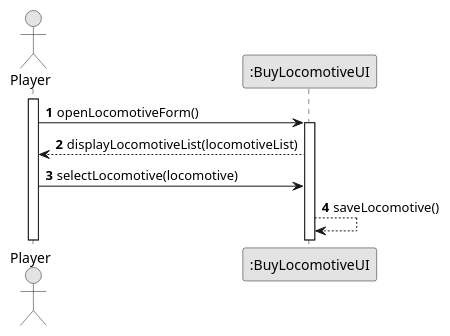
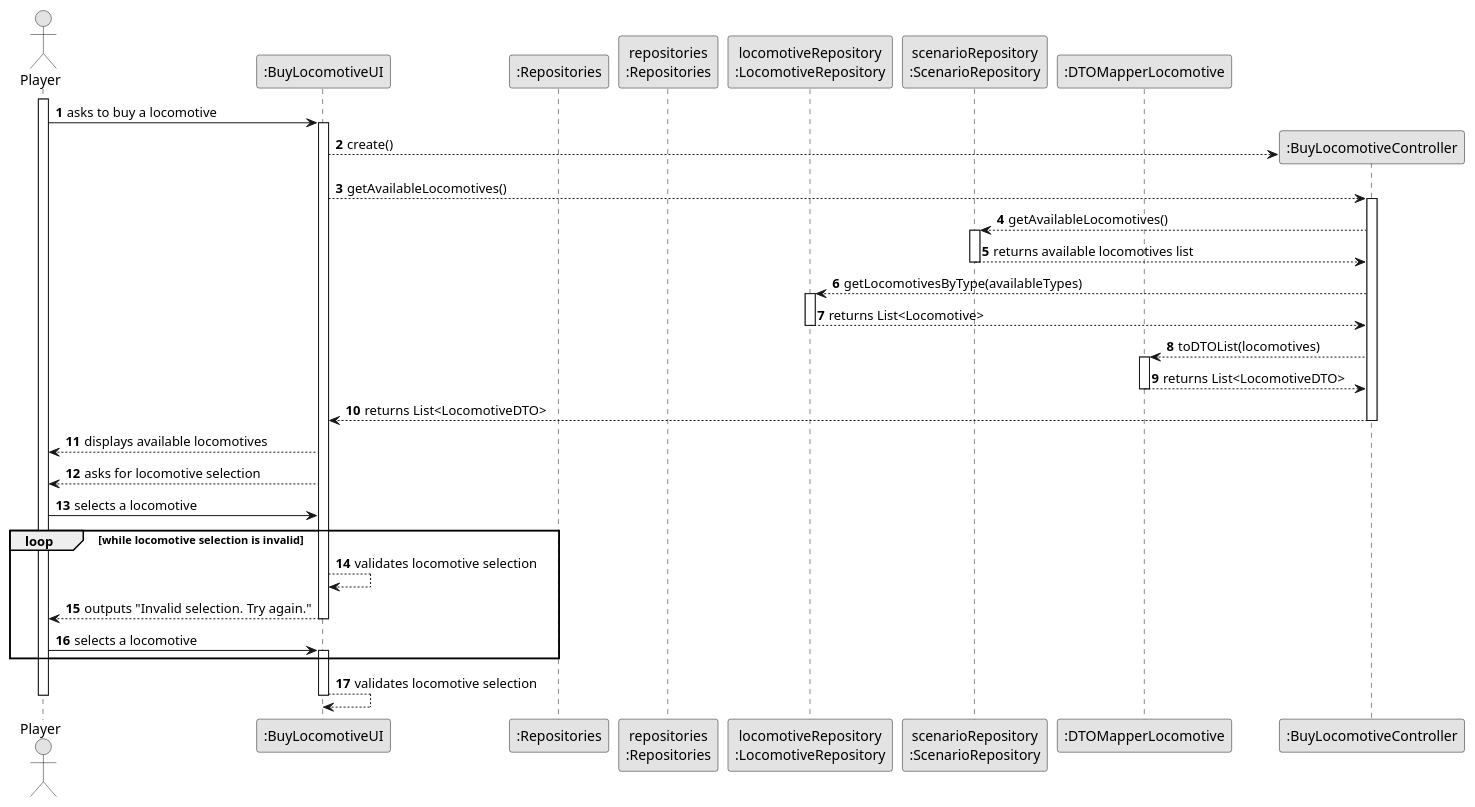
One commit to goncalolopesp/sem2-pi-24.25-g093-repo changed the diagram in docs/system-documentation/US009/03.design/puml/US009-SD-getInput.puml. Above: the diagram before and after it, drawn with PlantUML. The commit also changed 2 other files, not shown here.

Commit message:
US009 - Updated Partial and Split Diagrams

```diff
--- a/docs/system-documentation/US009/03.design/puml/US009-SD-getInput.puml
+++ b/docs/system-documentation/US009/03.design/puml/US009-SD-getInput.puml
@@ -1,22 +1,65 @@
 @startuml
 skinparam monochrome true
 skinparam packageStyle rectangle
 skinparam shadowing false
 
 autonumber
 
-actor "Player" as Employee
+actor "Player" as Player
 participant ":BuyLocomotiveUI" as BuyLocomotiveUI
+participant ":Repositories" as Repositories
+participant "repositories\n:Repositories" as repo
+participant "locomotiveRepository\n:LocomotiveRepository" as lrepo
+participant "scenarioRepository\n:ScenarioRepository" as srepo
+participant ":DTOMapperLocomotive" as DTOMapper
 
-activate Employee
+activate Player
 
-Employee -> BuyLocomotiveUI : openLocomotiveForm()
+Player -> BuyLocomotiveUI : asks to buy a locomotive
 activate BuyLocomotiveUI
 
-BuyLocomotiveUI --> Employee : displayLocomotiveList(locomotiveList)
+create ":BuyLocomotiveController" as BuyLocomotiveController
+BuyLocomotiveUI --> BuyLocomotiveController : create()
+create ":BuyLocomotiveController" as BuyLocomotiveController
 
-Employee -> BuyLocomotiveUI : selectLocomotive(locomotive)
+BuyLocomotiveUI --> BuyLocomotiveController : getAvailableLocomotives()
+activate BuyLocomotiveController
 
-BuyLocomotiveUI --> BuyLocomotiveUI : saveLocomotive()
+BuyLocomotiveController --> srepo : getAvailableLocomotives()
+activate srepo
+srepo --> BuyLocomotiveController : returns available locomotives list
+deactivate srepo
+
+BuyLocomotiveController --> lrepo : getLocomotivesByType(availableTypes)
+activate lrepo
+lrepo --> BuyLocomotiveController : returns List<Locomotive>
+deactivate lrepo
+
+BuyLocomotiveController --> DTOMapper : toDTOList(locomotives)
+activate DTOMapper
+DTOMapper --> BuyLocomotiveController : returns List<LocomotiveDTO>
+deactivate DTOMapper
+
+BuyLocomotiveController --> BuyLocomotiveUI : returns List<LocomotiveDTO>
+deactivate BuyLocomotiveController
+
+BuyLocomotiveUI --> Player : displays available locomotives
+BuyLocomotiveUI --> Player : asks for locomotive selection
+
+Player -> BuyLocomotiveUI : selects a locomotive
+
+loop while locomotive selection is invalid
+    BuyLocomotiveUI --> BuyLocomotiveUI : validates locomotive selection
+    BuyLocomotiveUI --> Player : outputs "Invalid selection. Try again."
+    deactivate BuyLocomotiveUI
+
+    Player -> BuyLocomotiveUI : selects a locomotive
+    activate BuyLocomotiveUI
+end
+
+BuyLocomotiveUI --> BuyLocomotiveUI : validates locomotive selection
+
+deactivate BuyLocomotiveUI
+deactivate Player
 
 @enduml
```
